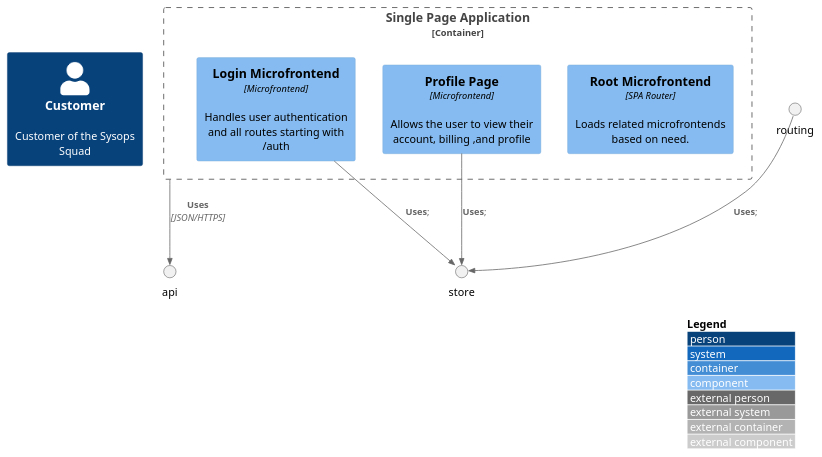
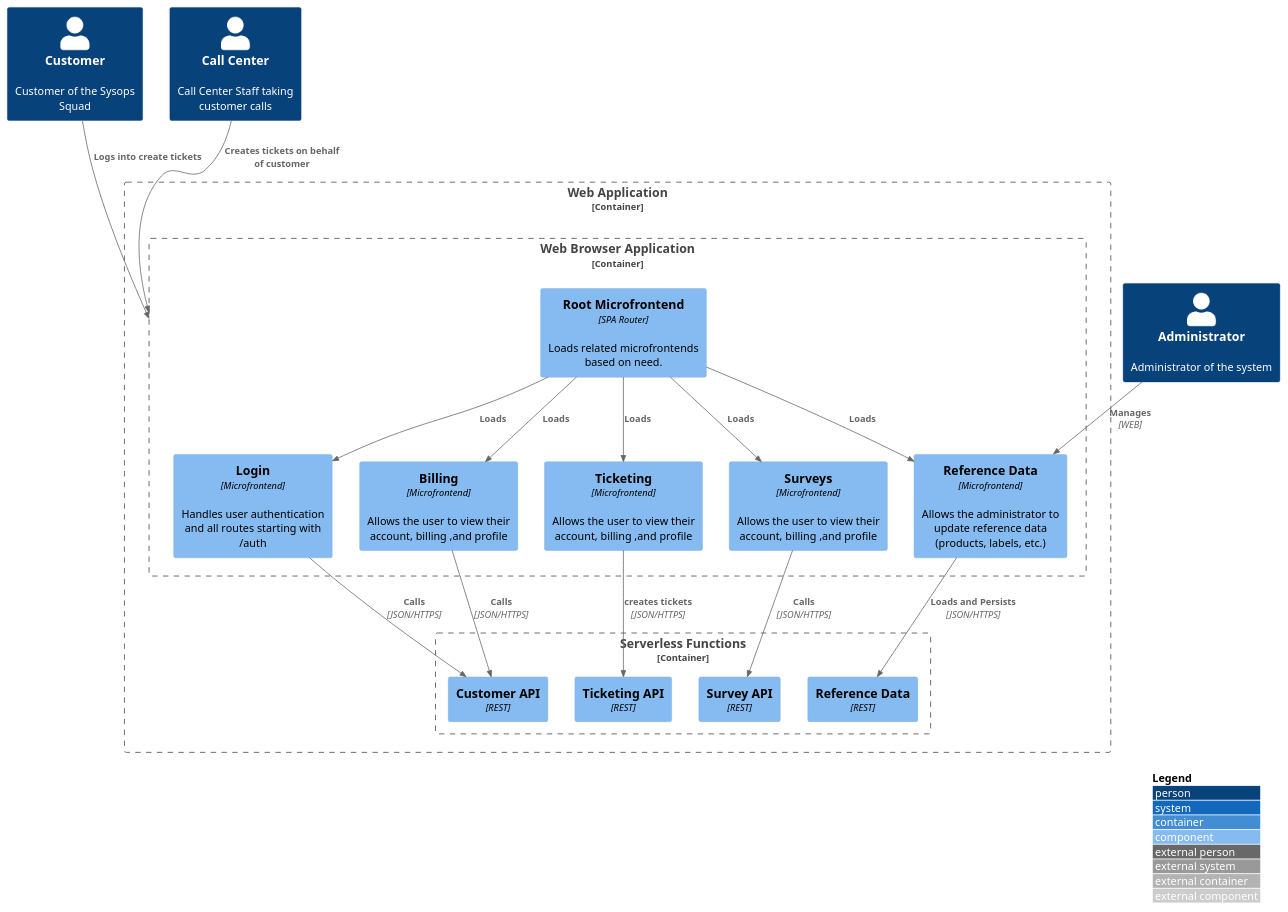
One commit to architectonics/sysopssquad changed the diagram in src/1 Sysops Squad/Web Application/container.puml. Above: the diagram before and after it, drawn with PlantUML.

Commit message:
web app architecture

```diff
--- a/src/1 Sysops Squad/Web Application/container.puml
+++ b/src/1 Sysops Squad/Web Application/container.puml
@@ -1,20 +1,46 @@
 @startuml "Sysops Web Application"
 !include https://raw.githubusercontent.com/adrianvlupu/C4-PlantUML/latest/C4_Component.puml
 
 LAYOUT_WITH_LEGEND()
 
 Person(customer, "Customer", "Customer of the Sysops Squad")
+Person(callcenter, "Call Center", "Call Center Staff taking customer calls")
+Person(administrator, "Administrator", "Administrator of the system")
 
-Container_Boundary(spa, "Single Page Application") {
-    Component(root, "Root Microfrontend", "SPA Router", "Loads related microfrontends based on need.")
-    Component(login, "Login Microfrontend", "Microfrontend", "Handles user authentication and all routes starting with /auth")
-    Component(profile, "Profile Page", "Microfrontend", "Allows the user to view their account, billing ,and profile")
+Container_Boundary(web, "Web Application"){
+
+    Container_Boundary(serverless, "Serverless Functions") {
+        Component(ticketing_api, "Ticketing API", "REST")
+        Component(survey_api, "Survey API", "REST")
+        Component(customer_api, "Customer API", "REST")
+        Component(reference_data_api, "Reference Data", "REST")
+    }
+
+    Container_Boundary(spa, "Web Browser Application") {
+        Component(root, "Root Microfrontend", "SPA Router", "Loads related microfrontends based on need.")
+        Component(login, "Login", "Microfrontend", "Handles user authentication and all routes starting with /auth")
+        Component(billing, "Billing", "Microfrontend", "Allows the user to view their account, billing ,and profile")
+        Component(ticketing, "Ticketing", "Microfrontend", "Allows the user to view their account, billing ,and profile")
+        Component(survey, "Surveys", "Microfrontend", "Allows the user to view their account, billing ,and profile")
+        Component(reference_data, "Reference Data", "Microfrontend", "Allows the administrator to update reference data (products, labels, etc.)")
+    }
+
 }
+Rel(customer, spa, "Logs into create tickets")
+Rel(callcenter, spa, "Creates tickets on behalf of customer")
 
-Rel(spa, api, "Uses", "JSON/HTTPS")
+Rel(root, login, "Loads")
+Rel(root, billing, "Loads")
+Rel(root, ticketing, "Loads")
+Rel(root, survey, "Loads")
+Rel(root, reference_data, "Loads")
 
-Rel(login, store, "Uses");
-Rel(routing, store, "Uses");
-Rel(profile, store, "Uses");
+Rel(ticketing, ticketing_api, "creates tickets", "JSON/HTTPS")
+Rel(survey, survey_api, "Calls", "JSON/HTTPS")
+Rel(billing, customer_api, "Calls", "JSON/HTTPS")
+Rel(login, customer_api, "Calls", "JSON/HTTPS")
+
+Rel(administrator, reference_data, "Manages", "WEB")
+Rel(reference_data, reference_data_api, "Loads and Persists", "JSON/HTTPS")
 
 @enduml
```
